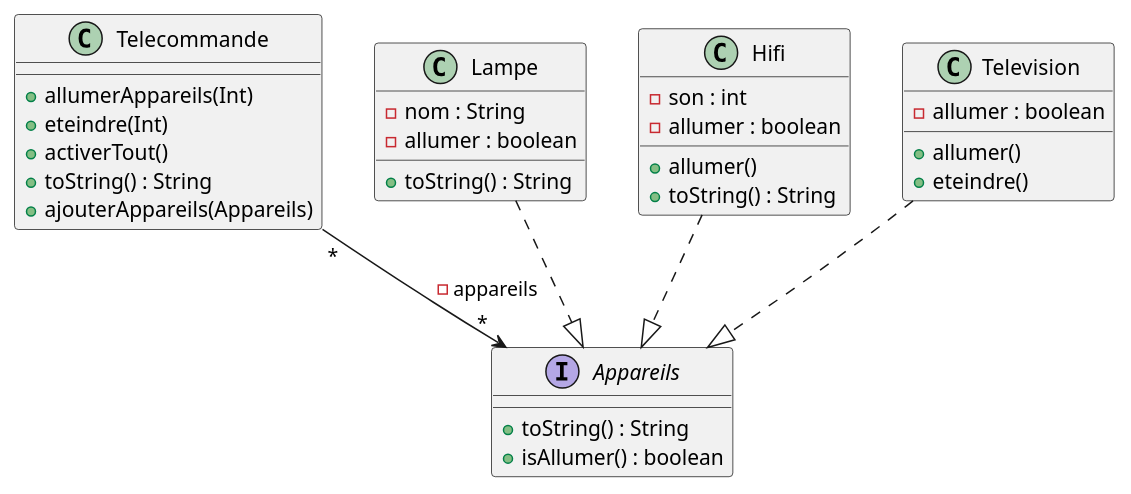
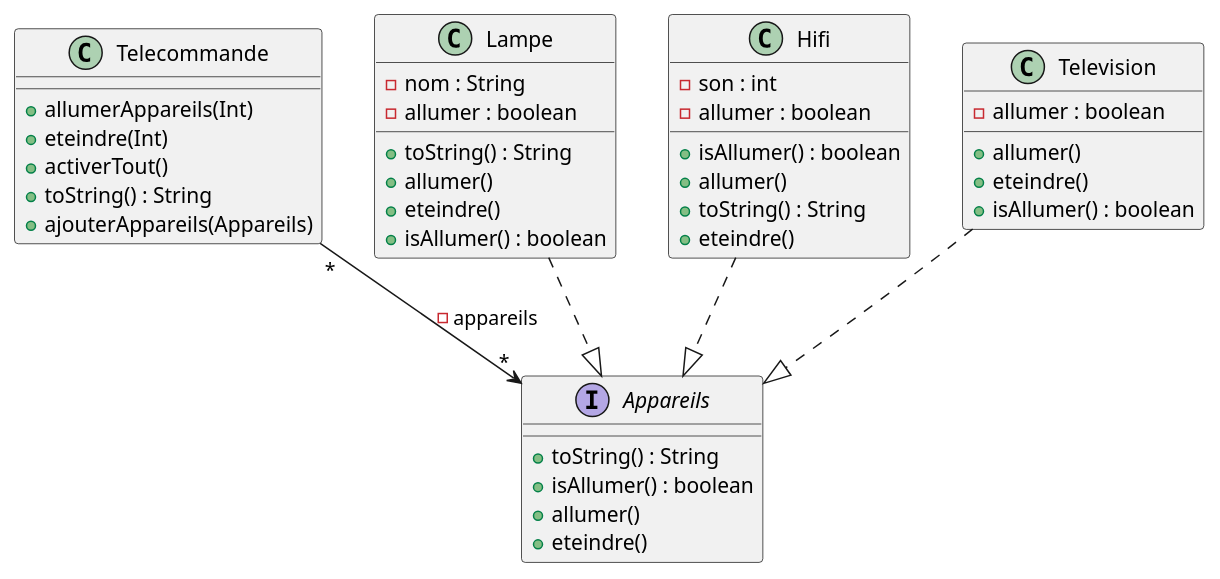
Before and after one commit to Antonin10800/2022_coo_domotique_Robert_Akir_Ayred: the diagram in images/Q8.puml, drawn with PlantUML. The commit also changed 1 other file, not shown here.

Commit message:
Fin shema UML

```diff
--- a/images/Q8.puml
+++ b/images/Q8.puml
@@ -1,43 +1,50 @@
 @startuml
 'https://plantuml.com/sequence-diagram
 
 
 class Telecommande{
 
 
    + allumerAppareils(Int)
    + eteindre(Int)
    + activerTout()
    + toString() : String
    + ajouterAppareils(Appareils)
 }
 class (Lampe){
 - nom : String
 - allumer : boolean
 + toString() : String
-
++ allumer()
++ eteindre()
++ isAllumer() : boolean
 }
 class Hifi{
 - son : int
--allumer : boolean
+- allumer : boolean
++ isAllumer() : boolean
 + allumer()
 + toString() : String
++ eteindre()
 }
 
 class Television{
 -allumer : boolean
 +allumer()
 +eteindre()
++ isAllumer() : boolean
 }
 
 interface Appareils{
 
 + toString() : String
 + isAllumer() : boolean
++ allumer()
++eteindre()
 }
 
 Hifi ..|> Appareils
 Lampe ..|> Appareils
 Television ..|> Appareils
 Telecommande "*" --> "*"  Appareils : - appareils
 @enduml
```
